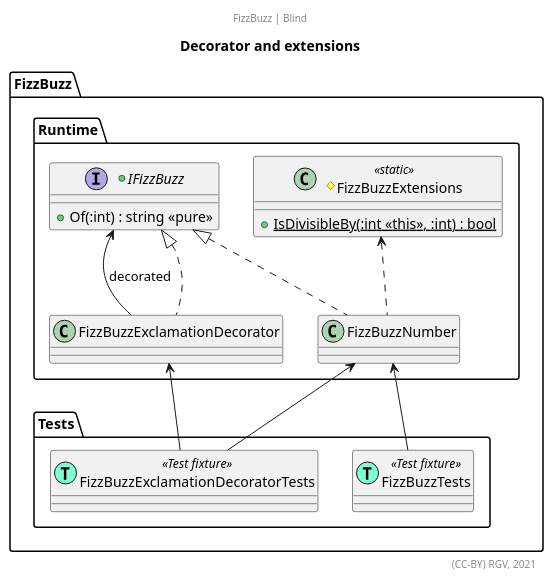
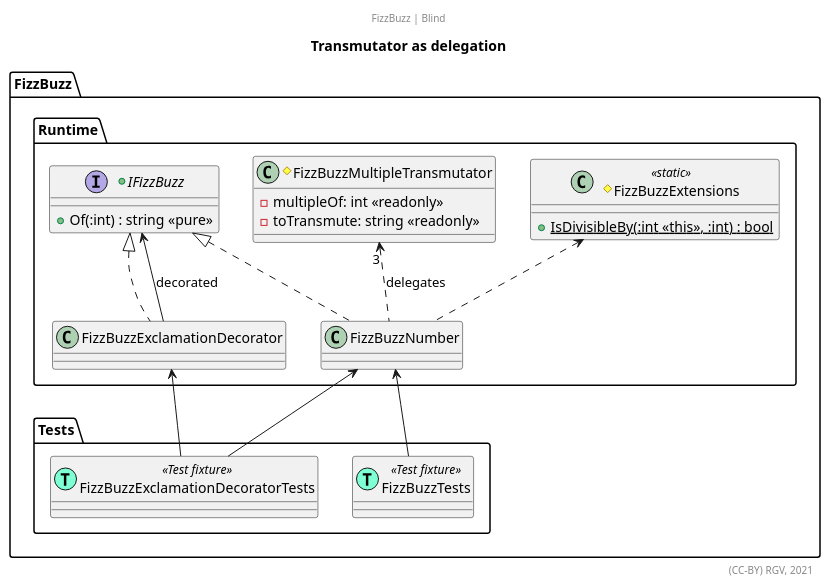
One commit to RicardoGuzmanVelasco/TDDpraxis changed the diagram in Assets/FizzBuzz/Documentation~/Relationships.puml. Above: the diagram before and after it, drawn with PlantUML. The commit also changed 2 other files, not shown here.

Commit message:
FizzBuzz | Blind | Words transmutator diagram

```diff
--- a/Assets/FizzBuzz/Documentation~/Relationships.puml
+++ b/Assets/FizzBuzz/Documentation~/Relationships.puml
@@ -1,43 +1,50 @@
 @startuml
-title Decorator and extensions
+title Transmutator as delegation
 center header FizzBuzz | Blind
 '''''''''''''
 allowmixing
 '''''''''''''
 
 namespace FizzBuzz.Runtime{
     
     #class FizzBuzzExtensions <<static>> {
         +{static}IsDivisibleBy(:int <<this>>, :int) : bool
     }
     
     +interface IFizzBuzz{
         +Of(:int) : string <<pure>>
     }
     
+    #class FizzBuzzMultipleTransmutator{
+        -multipleOf: int <<readonly>>
+        -toTransmute: string <<readonly>>
+    }
+    
     class FizzBuzzNumber
     class FizzBuzzExclamationDecorator
     
     IFizzBuzz <|.. FizzBuzzNumber
     IFizzBuzz <|.. FizzBuzzExclamationDecorator
+    
+    FizzBuzzNumber .u.> "3" FizzBuzzMultipleTransmutator : delegates
     
     FizzBuzzNumber .u.> FizzBuzzExtensions
     FizzBuzzExclamationDecorator -u-> IFizzBuzz : decorated
 }
 
 namespace FizzBuzz.Tests{
     
     class FizzBuzzTests <<(T, aquamarine) Test fixture>>
     class FizzBuzzExclamationDecoratorTests <<(T, aquamarine) Test fixture>>
 
     FizzBuzzTests -u-> FizzBuzz.Runtime.FizzBuzzNumber
     
     FizzBuzzExclamationDecoratorTests -u-> FizzBuzz.Runtime.FizzBuzzNumber
     FizzBuzzExclamationDecoratorTests -u-> FizzBuzz.Runtime.FizzBuzzExclamationDecorator
 }
 
 
 '''''''''''''
 '''''''''''''
 right footer (CC-BY) RGV, 2021
 @enduml
```
